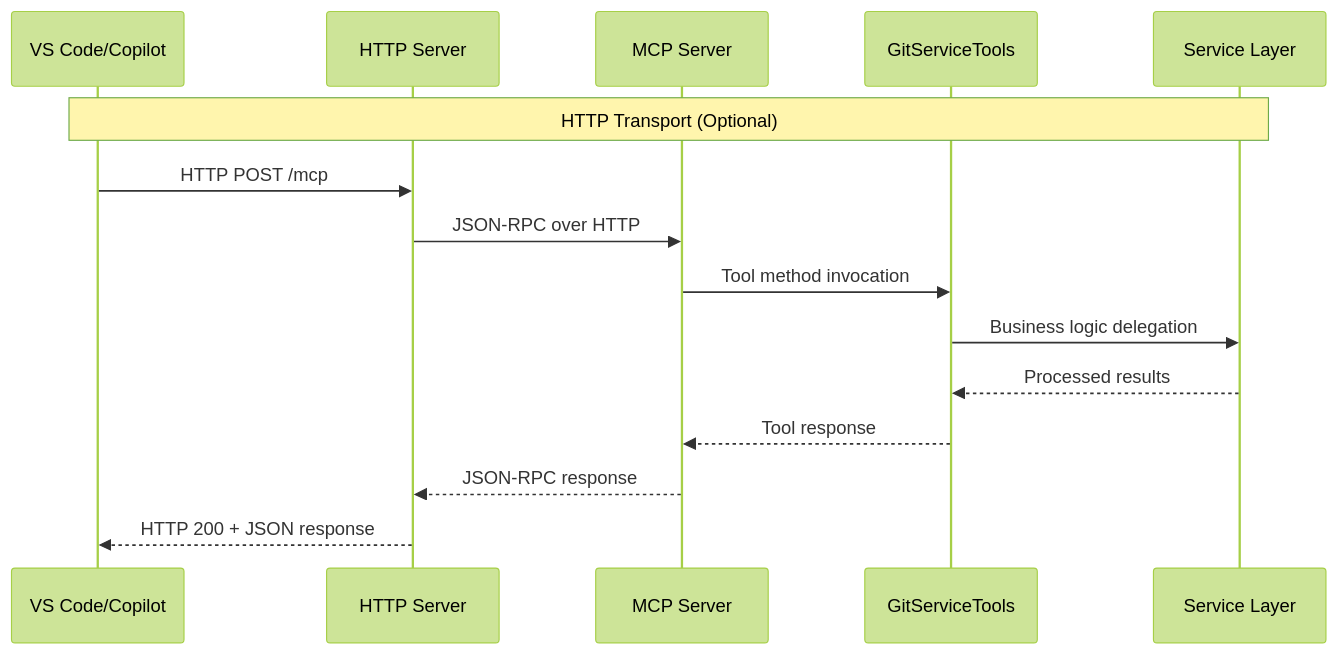
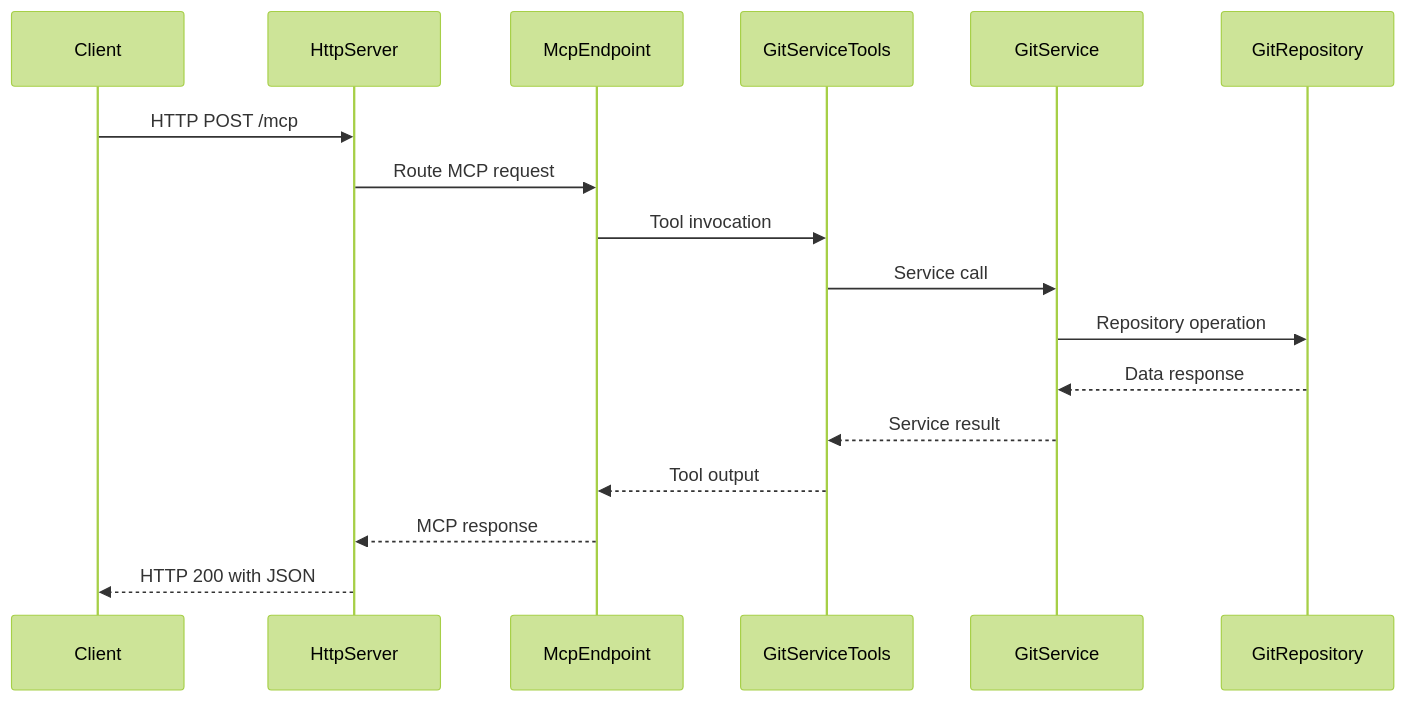
Before and after one commit to MCPRUNNER/GitVisionMCP: the third of 3 diagrams in Documentation/ARCHITECTURE.md, drawn with Mermaid (forest theme). The commit also changed other lines of this file and 2 other files, not shown here.

````diff
--- a/Documentation/ARCHITECTURE.md
+++ b/Documentation/ARCHITECTURE.md
@@ -230,18 +159,20 @@
 ```mermaid
 sequenceDiagram
-    participant Client as VS Code/Copilot
-    participant HTTP as HTTP Server
-    participant MCP as MCP Server
-    participant Tools as GitServiceTools
-    participant Service as Service Layer
+    participant Client
+    participant HttpServer
+    participant McpEndpoint
+    participant GitServiceTools
+    participant GitService
+    participant GitRepository
 
-    Note over Client,Service: HTTP Transport (Optional)
-    Client->>HTTP: HTTP POST /mcp
-    HTTP->>MCP: JSON-RPC over HTTP
-    MCP->>Tools: Tool method invocation
-    Tools->>Service: Business logic delegation
-    Service-->>Tools: Processed results
-    Tools-->>MCP: Tool response
-    MCP-->>HTTP: JSON-RPC response
-    HTTP-->>Client: HTTP 200 + JSON response
+    Client->>HttpServer: HTTP POST /mcp
+    HttpServer->>McpEndpoint: Route MCP request
+    McpEndpoint->>GitServiceTools: Tool invocation
+    GitServiceTools->>GitService: Service call
+    GitService->>GitRepository: Repository operation
+    GitRepository-->>GitService: Data response
+    GitService-->>GitServiceTools: Service result
+    GitServiceTools-->>McpEndpoint: Tool output
+    McpEndpoint-->>HttpServer: MCP response
+    HttpServer-->>Client: HTTP 200 with JSON
 ```
````
